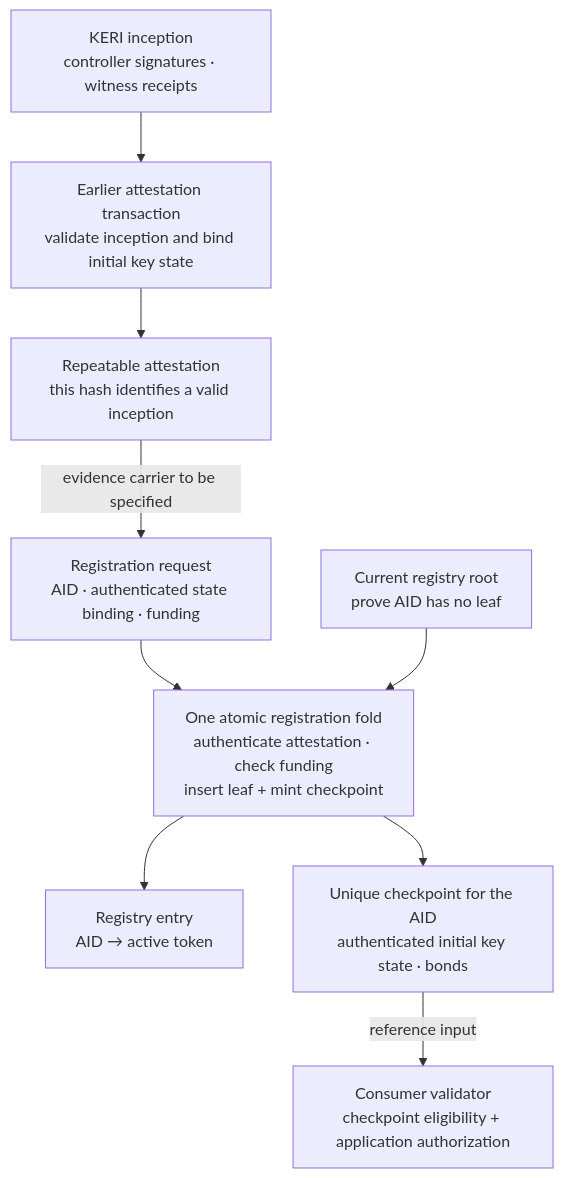
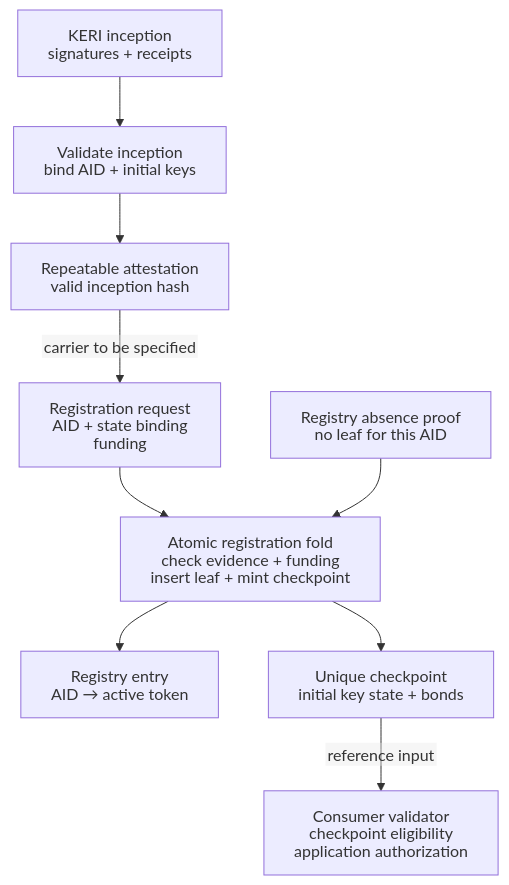
The first of 3 diagrams in docs/architecture/overview.md (lambdasistemi/cardano-keri), drawn with Mermaid before and after one commit. The commit also changed other lines of this file and 2 other files, not shown here.

Commit message:
docs: keep diagram labels inside their boxes

````diff
--- a/docs/architecture/overview.md
+++ b/docs/architecture/overview.md
@@ -31,20 +31,24 @@
 ```mermaid
+---
+config:
+  htmlLabels: false
+---
 flowchart TD
-    ICP["KERI inception<br/>controller signatures · witness receipts"]
-    AT["Earlier attestation transaction<br/>validate inception and bind initial key state"]
-    FACT["Repeatable attestation<br/>this hash identifies a valid inception"]
-    REQ["Registration request<br/>AID · authenticated state binding · funding"]
-    ROOT["Current registry root<br/>prove AID has no leaf"]
-    FOLD["One atomic registration fold<br/>authenticate attestation · check funding<br/>insert leaf + mint checkpoint"]
+    ICP["KERI inception<br/>signatures + receipts"]
+    AT["Validate inception<br/>bind AID + initial keys"]
+    FACT["Repeatable attestation<br/>valid inception hash"]
+    REQ["Registration request<br/>AID + state binding<br/>funding"]
+    ROOT["Registry absence proof<br/>no leaf for this AID"]
+    FOLD["Atomic registration fold<br/>check evidence + funding<br/>insert leaf + mint checkpoint"]
     LEAF["Registry entry<br/>AID → active token"]
-    CK["Unique checkpoint for the AID<br/>authenticated initial key state · bonds"]
-    APP["Consumer validator<br/>checkpoint eligibility + application authorization"]
+    CK["Unique checkpoint<br/>initial key state + bonds"]
+    APP["Consumer validator<br/>checkpoint eligibility<br/>application authorization"]
 
     ICP --> AT --> FACT
-    FACT -->|"evidence carrier to be specified"| REQ
+    FACT -->|"carrier to be specified"| REQ
     REQ --> FOLD
     ROOT --> FOLD
     FOLD --> LEAF
     FOLD --> CK
     CK -->|"reference input"| APP
 ```
````
